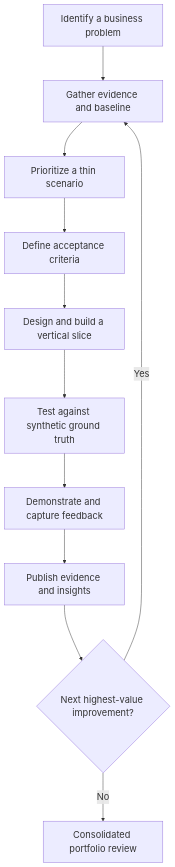
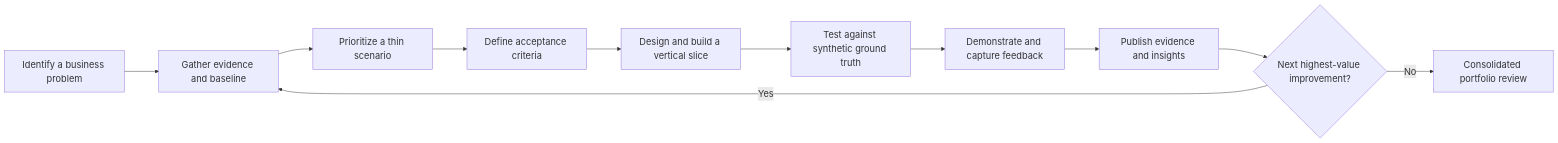
Before and after one commit to D-Clerk/Portfolio_DC: the diagram in case-studies/normack-shipping/PROJECT_ROADMAP.md, drawn with Mermaid.

Commit message:
Update flowchart direction in PROJECT_ROADMAP.md
Changed flowchart direction from TB to LR.

````diff
--- a/case-studies/normack-shipping/PROJECT_ROADMAP.md
+++ b/case-studies/normack-shipping/PROJECT_ROADMAP.md
@@ -28,15 +28,15 @@
 ```mermaid
 %%{init: {"theme": "default", "themeVariables": {"fontSize": "20px"}, "flowchart": {"nodeSpacing": 55, "rankSpacing": 75, "useMaxWidth": false}}}%%
 
-flowchart TB
+flowchart LR
     A["Identify a business problem"] --> B["Gather evidence and baseline"]
     B --> C["Prioritize a thin scenario"]
     C --> D["Define acceptance criteria"]
     D --> E["Design and build a vertical slice"]
     E --> F["Test against synthetic ground truth"]
     F --> G["Demonstrate and capture feedback"]
     G --> H["Publish evidence and insights"]
     H --> I{"Next highest-value improvement?"}
     I -->|Yes| B
     I -->|No| J["Consolidated portfolio review"]
 ```
````
